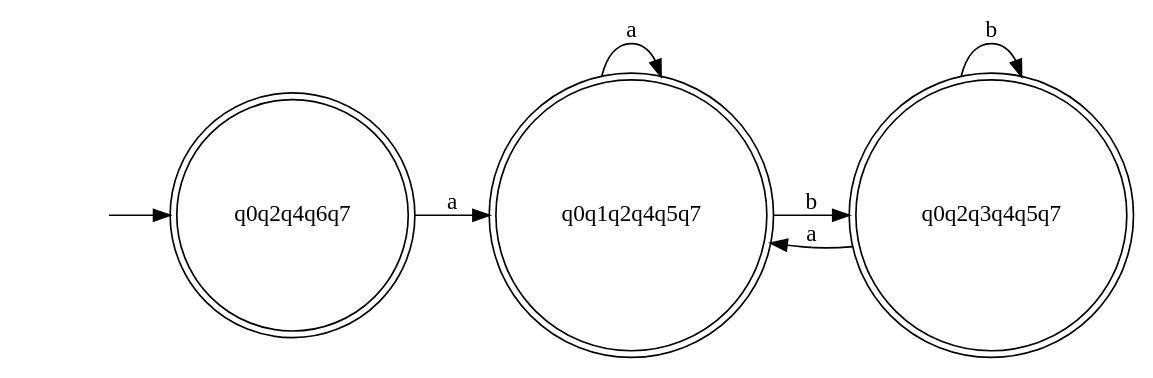
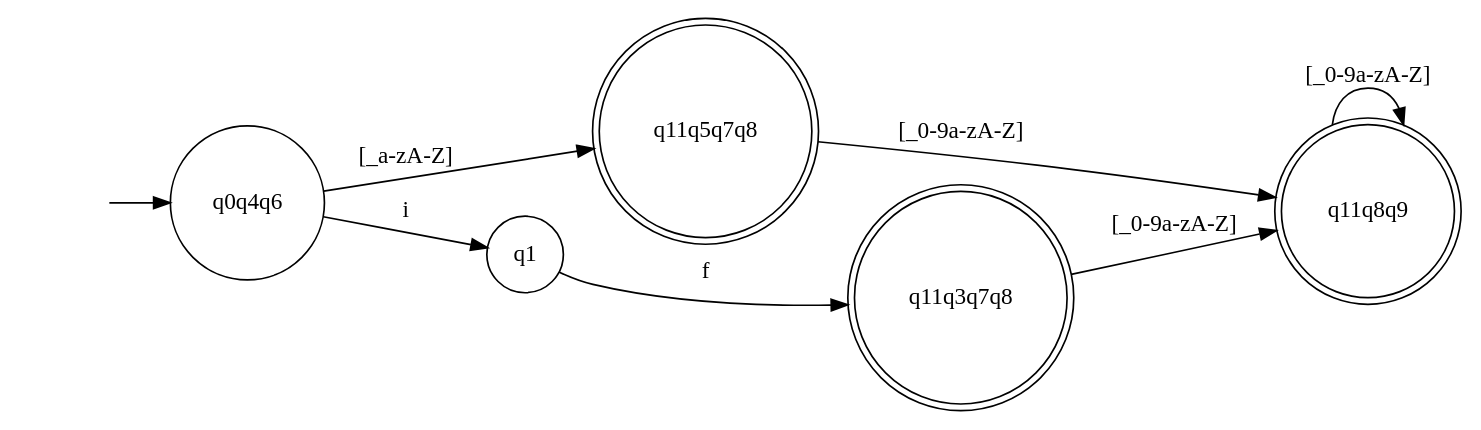
One commit to Logic-1729/CS2205-Lexer changed the diagram in dfa_graph.dot. Above: the diagram before and after it, drawn with Graphviz. The commit also changed 8 other files, not shown here.

```diff
--- a/dfa_graph.dot
+++ b/dfa_graph.dot
@@ -1,15 +1,16 @@
 digraph DFA {
   rankdir=LR;
   node [shape=circle];
-  q0q2q4q6q7 [shape=doublecircle];
-  q0q1q2q4q5q7 [shape=doublecircle];
-  q0q2q3q4q5q7 [shape=doublecircle];
+  q11q5q7q8 [shape=doublecircle];
+  q11q8q9 [shape=doublecircle];
+  q11q3q7q8 [shape=doublecircle];
   __start0 [shape=none, label=""];
-  __start0 -> q0q2q4q6q7;
+  __start0 -> q0q4q6;
 
-  q0q2q4q6q7 -> q0q1q2q4q5q7 [label="a"];
-  q0q1q2q4q5q7 -> q0q1q2q4q5q7 [label="a"];
-  q0q1q2q4q5q7 -> q0q2q3q4q5q7 [label="b"];
-  q0q2q3q4q5q7 -> q0q1q2q4q5q7 [label="a"];
-  q0q2q3q4q5q7 -> q0q2q3q4q5q7 [label="b"];
+  q0q4q6 -> q11q5q7q8 [label="[_a-zA-Z]"];
+  q0q4q6 -> q1 [label="i"];
+  q11q5q7q8 -> q11q8q9 [label="[_0-9a-zA-Z]"];
+  q1 -> q11q3q7q8 [label="f"];
+  q11q8q9 -> q11q8q9 [label="[_0-9a-zA-Z]"];
+  q11q3q7q8 -> q11q8q9 [label="[_0-9a-zA-Z]"];
 }
```
